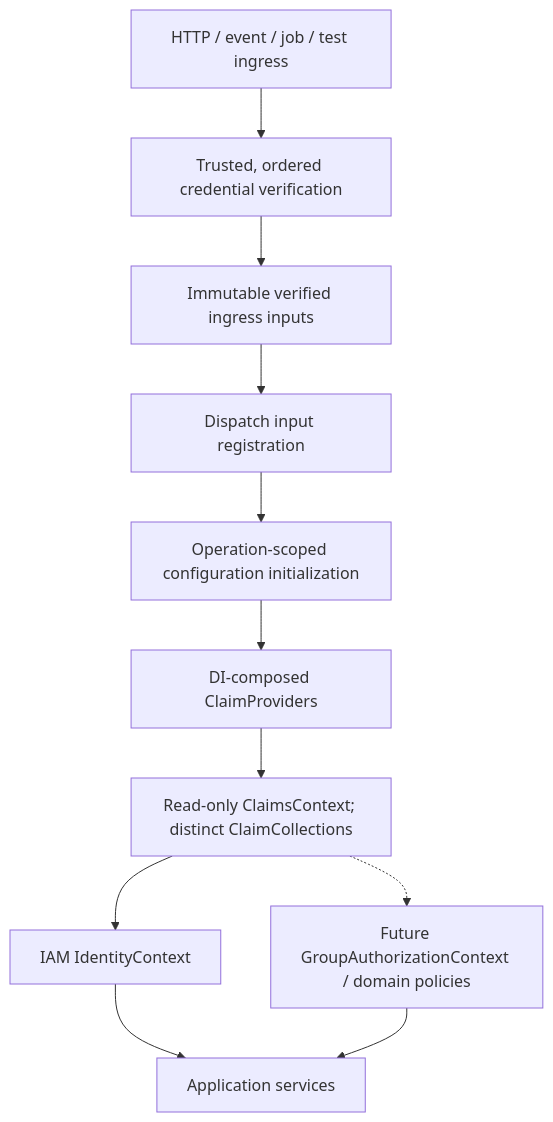
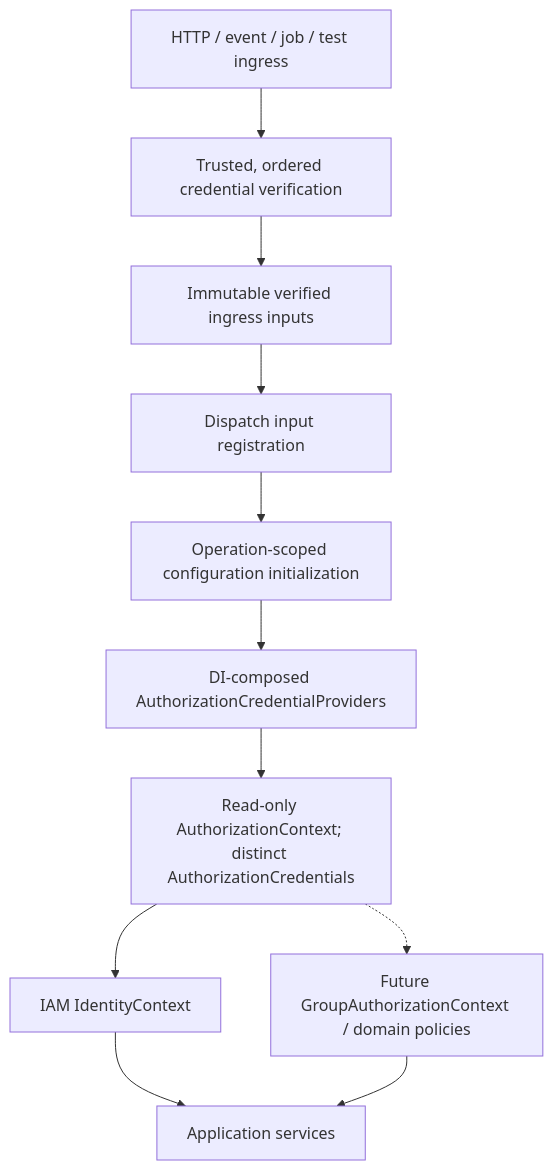
The diagram in docs/internal/tasks/p2.1.0-security-foundation/specification.md (frederik-hoeft/min-favs-sharewise), drawn with Mermaid before and after one commit. The commit also changed other lines of this file and 15 other files, not shown here.

Commit message:
P2.1.0-B: Align credential and authorization context terminology

````diff
--- a/docs/internal/tasks/p2.1.0-security-foundation/specification.md
+++ b/docs/internal/tasks/p2.1.0-security-foundation/specification.md
@@ -27,13 +27,13 @@
 ```mermaid
 flowchart TD
     Ingress["HTTP / event / job / test ingress"] --> Verification["Trusted, ordered credential verification"]
     Verification --> Inputs["Immutable verified ingress inputs"]
     Inputs --> Registry["Dispatch input registration"]
     Registry --> Initializers["Operation-scoped configuration initialization"]
-    Initializers --> Providers["DI-composed ClaimProviders"]
-    Providers --> Claims["Read-only ClaimsContext; distinct ClaimCollections"]
+    Initializers --> Providers["DI-composed AuthorizationCredentialProviders"]
+    Providers --> Claims["Read-only AuthorizationContext; distinct AuthorizationCredentials"]
     Claims --> Identity["IAM IdentityContext"]
     Claims -.-> Group["Future GroupAuthorizationContext / domain policies"]
     Identity --> App["Application services"]
     Group --> App
 ```
````
